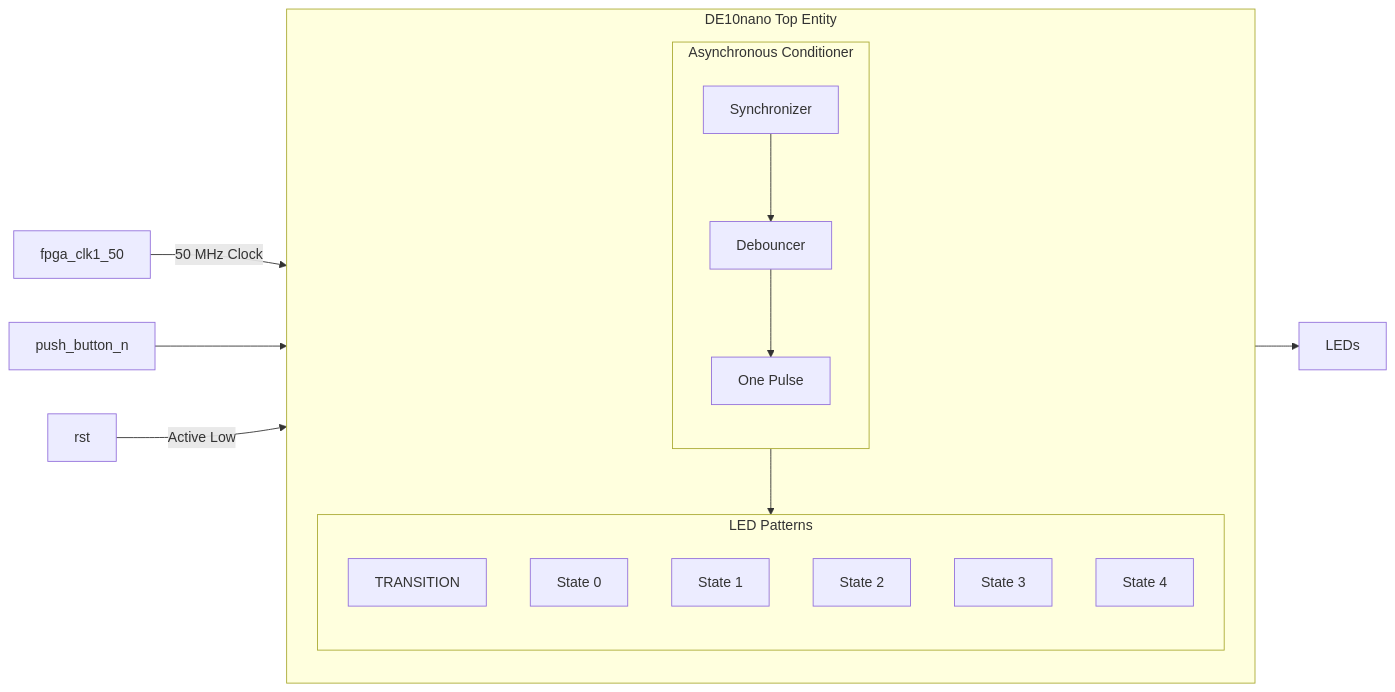
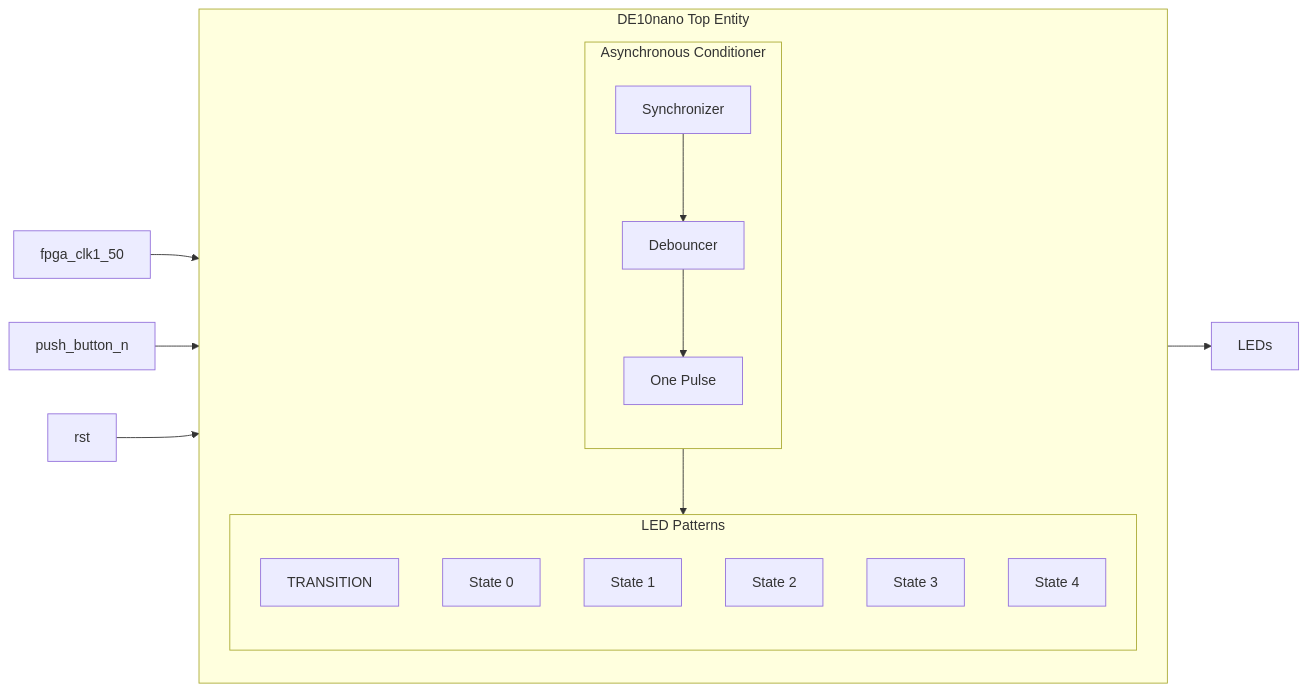
Before and after one commit to msu-eele-fpga/labs-and-homework-jordyhex: the diagram in docs/lab4.md, drawn with Mermaid.

Commit message:
MD preview

````diff
--- a/docs/lab4.md
+++ b/docs/lab4.md
@@ -26,24 +26,24 @@
 ```mermaid
     flowchart LR
         subgraph top[DE10nano Top Entity];
         direction TB
             subgraph async[Asynchronous Conditioner];
             direction TB
                 sync[Synchronizer]-->deb[Debouncer]-->one[One Pulse];
             end
             subgraph led[LED Patterns];
             direction TB
                 TRANSITION;
                 s0[State 0];
                 s1[State 1];
                 s2[State 2];
                 s3[State 3];
                 s4[State 4];
             end
             one[One Pulse]-->led[LED Patterns];
         end
-        A[fpga_clk1_50]-->|50 MHz Clock| top[DE10nano Top Entity];
+        A[fpga_clk1_50]--> top[DE10nano Top Entity];
         B[push_button_n]-->async[Asynchronous Conditioner];
-        C[rst]-->|Active Low| top[DE10nano Top Entity];
+        C[rst]-->top[DE10nano Top Entity];
         led[LED Patterns] --> led_out[LEDs]
 ```
````
